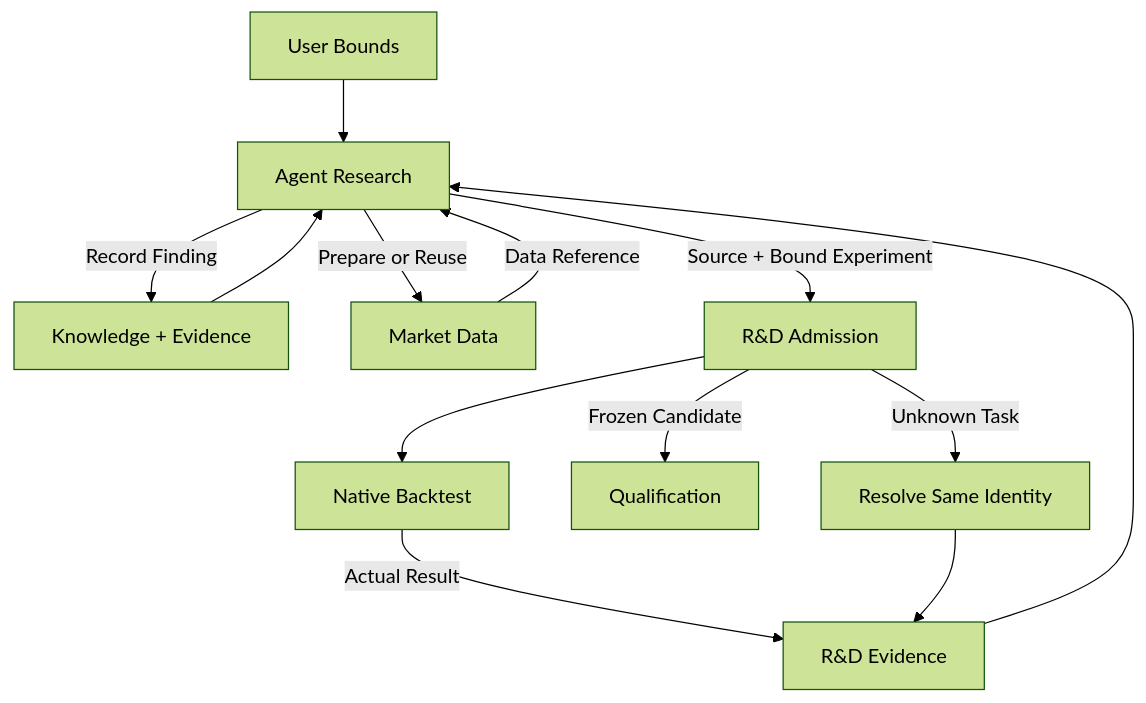
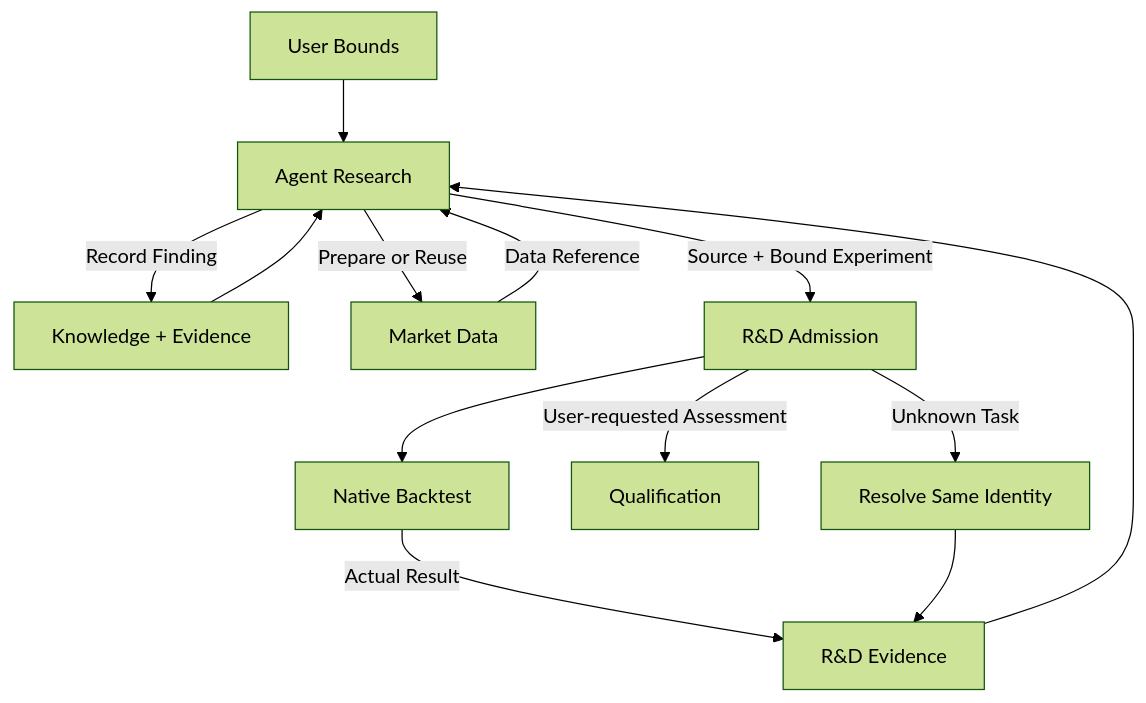
One commit to qOeOp/trade changed the diagram in docs/owners/rd.md. Above: the diagram before and after it, drawn with Mermaid (forest theme). The commit also changed other lines of this file and 57 other files, not shown here.

Commit message:
docs(architecture): align unified blueprint with native Nautilus capabilities

````diff
--- a/docs/owners/rd.md
+++ b/docs/owners/rd.md
@@ -96,15 +96,15 @@
 ```mermaid
 flowchart TD
     U["User Bounds"] --> A["Agent Research"]
     K["Knowledge + Evidence"] --> A
     A -->|"Prepare or Reuse"| M["Market Data"]
     M -->|"Data Reference"| A
     A -->|"Source + Bound Experiment"| R["R&D Admission"]
     R --> B["Native Backtest"]
     B -->|"Actual Result"| E["R&D Evidence"]
     E --> A
     A -->|"Record Finding"| K
-    R -->|"Frozen Candidate"| Q["Qualification"]
+    R -->|"User-requested Assessment"| Q["Qualification"]
     R -->|"Unknown Task"| W["Resolve Same Identity"]
     W --> E
 ```
````
